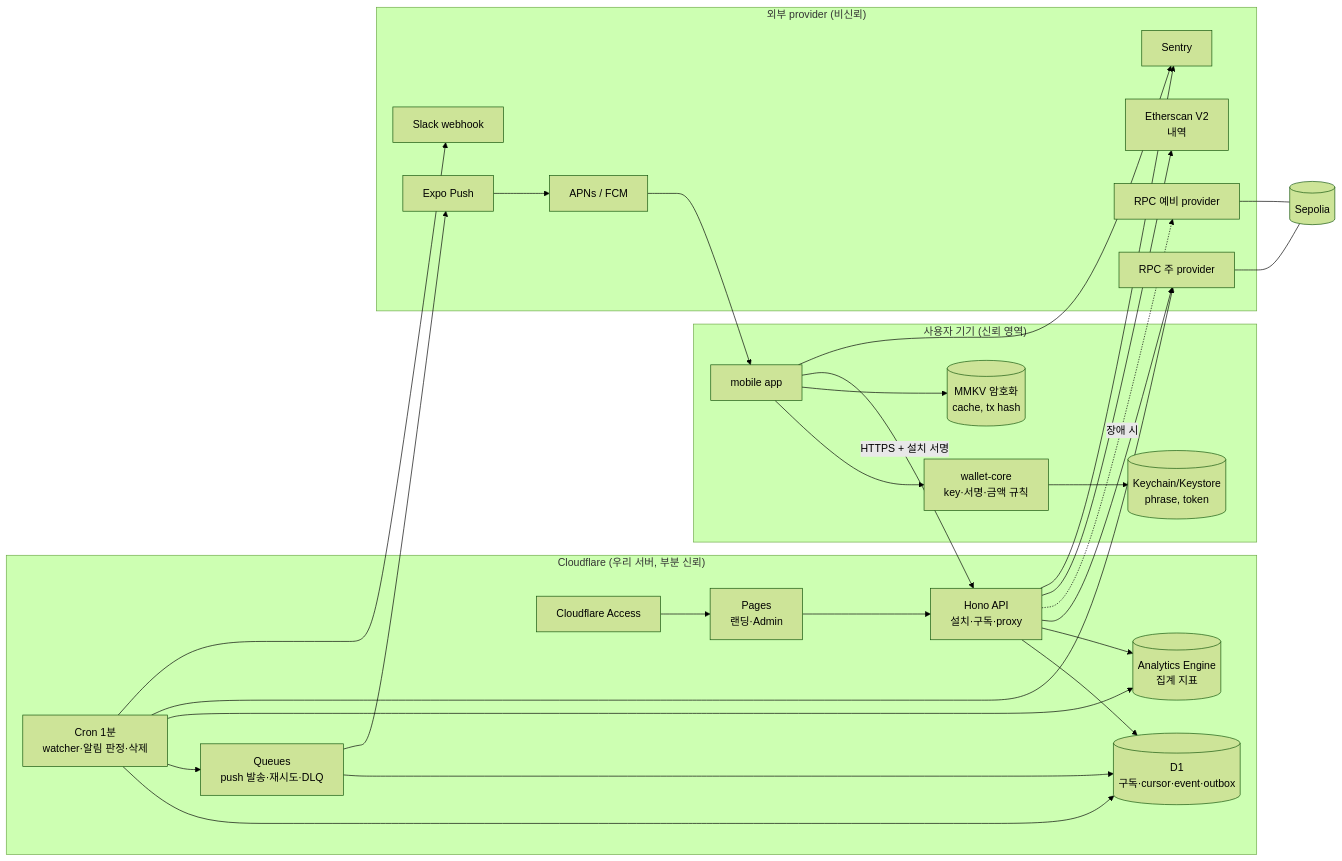
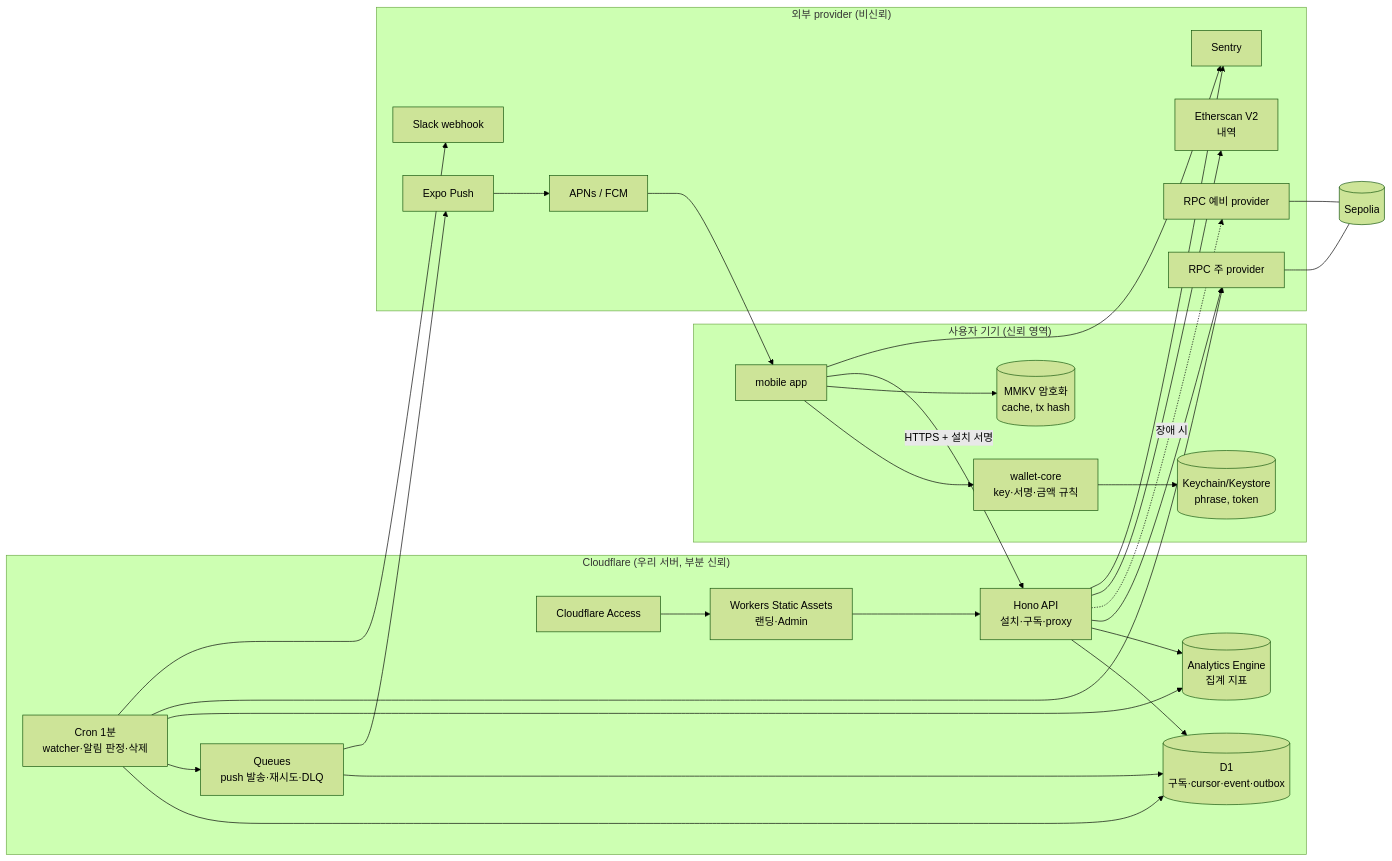
Before and after one commit to HyeokjaeChoi/vaultme: the first of 4 diagrams in outputs/design/hld.md, drawn with Mermaid (forest theme). The commit also changed other lines of this file and 4 other files, not shown here.

Commit message:
docs: host apps/web on Workers Static Assets (#36)

````diff
--- a/outputs/design/hld.md
+++ b/outputs/design/hld.md
@@ -45,54 +45,54 @@
 ```mermaid
 flowchart LR
   subgraph Device["사용자 기기 (신뢰 영역)"]
     App["mobile app"]
     Core["wallet-core<br/>key·서명·금액 규칙"]
     KC[("Keychain/Keystore<br/>phrase, token")]
     MMKV[("MMKV 암호화<br/>cache, tx hash")]
     App --> Core
     Core --> KC
     App --> MMKV
   end
 
   subgraph CF["Cloudflare (우리 서버, 부분 신뢰)"]
     API["Hono API<br/>설치·구독·proxy"]
     Cron["Cron 1분<br/>watcher·알림 판정·삭제"]
     Q["Queues<br/>push 발송·재시도·DLQ"]
     D1[("D1<br/>구독·cursor·event·outbox")]
     AE[("Analytics Engine<br/>집계 지표")]
-    Web["Pages<br/>랜딩·Admin"]
+    Web["Workers Static Assets<br/>랜딩·Admin"]
     Access["Cloudflare Access"]
     API --> D1
     Cron --> D1
     Cron --> Q
     Q --> D1
     API --> AE
     Cron --> AE
     Access --> Web
     Web --> API
   end
 
   subgraph Ext["외부 provider (비신뢰)"]
     RPC1["RPC 주 provider"]
     RPC2["RPC 예비 provider"]
     ES["Etherscan V2<br/>내역"]
     Expo["Expo Push"]
     APNs["APNs / FCM"]
     Sentry["Sentry"]
     Slack["Slack webhook"]
   end
 
   Chain[("Sepolia")]
 
   App -- "HTTPS + 설치 서명" --> API
   API --> RPC1
   API -. 장애 시 .-> RPC2
   API --> ES
   Cron --> RPC1
   Q --> Expo --> APNs --> App
   App --> Sentry
   API --> Sentry
   Cron --> Slack
   RPC1 --- Chain
   RPC2 --- Chain
 ```
````
